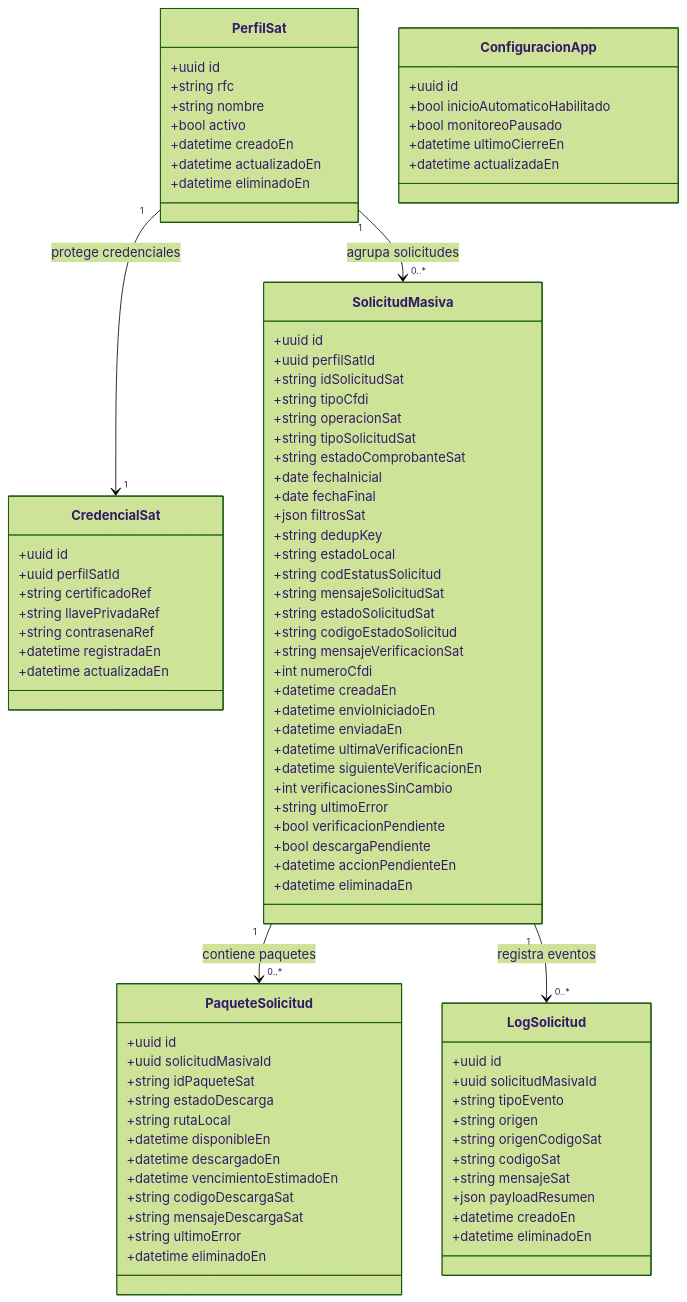
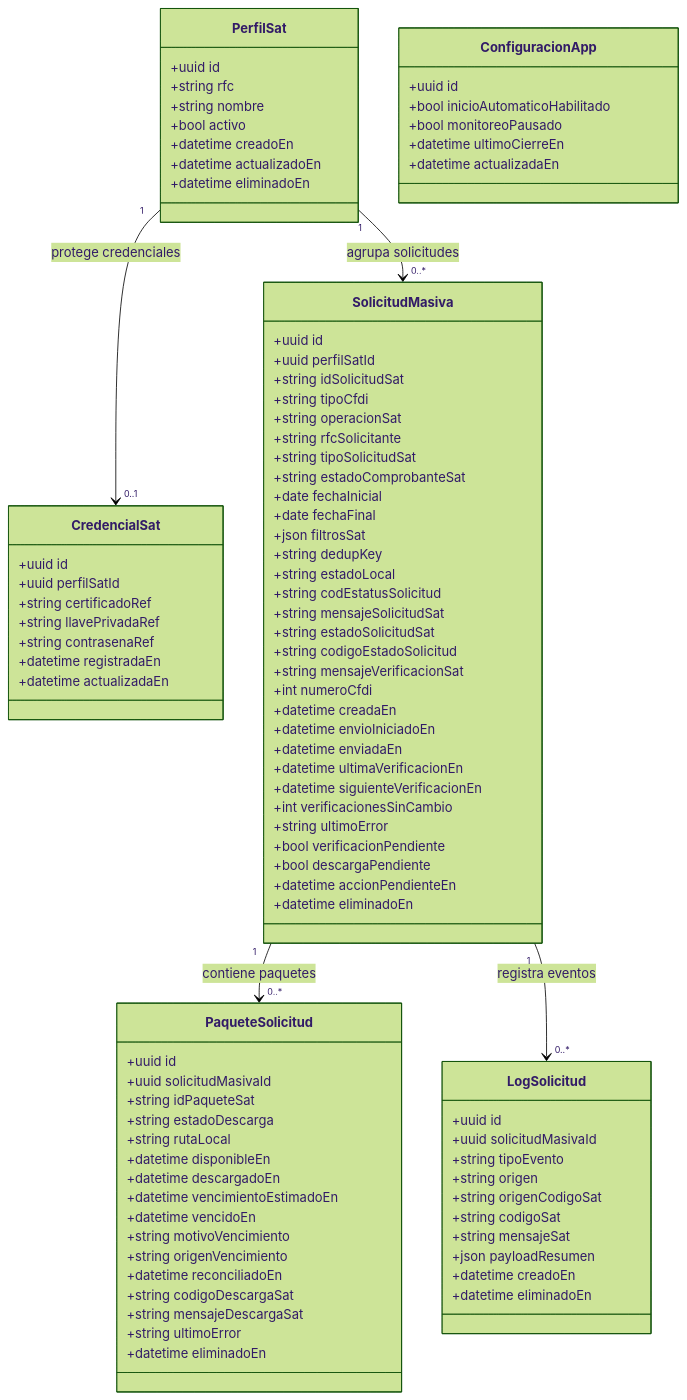
Before and after one commit to irritila/sat-cfdi-downloader: diagram 14 of 21 in docs/architecture.md, drawn with Mermaid (forest theme). The commit also changed other lines of this file and 6 other files, not shown here.

```diff
--- a/docs/architecture.md
+++ b/docs/architecture.md
@@ -991,6 +1006,7 @@
         +string idSolicitudSat
         +string tipoCfdi
         +string operacionSat
+        +string rfcSolicitante
         +string tipoSolicitudSat
         +string estadoComprobanteSat
         +date fechaInicial
@@ -1014,7 +1030,7 @@
         +bool verificacionPendiente
         +bool descargaPendiente
         +datetime accionPendienteEn
-        +datetime eliminadaEn
+        +datetime eliminadoEn
     }
 
     class PaqueteSolicitud {
@@ -1026,6 +1042,10 @@
         +datetime disponibleEn
         +datetime descargadoEn
         +datetime vencimientoEstimadoEn
+        +datetime vencidoEn
+        +string motivoVencimiento
+        +string origenVencimiento
+        +datetime reconciliadoEn
         +string codigoDescargaSat
         +string mensajeDescargaSat
         +string ultimoError
@@ -1053,7 +1073,7 @@
         +datetime actualizadaEn
     }
 
-    PerfilSat "1" --> "1" CredencialSat : protege credenciales
+    PerfilSat "1" --> "0..1" CredencialSat : protege credenciales
     PerfilSat "1" --> "0..*" SolicitudMasiva : agrupa solicitudes
     SolicitudMasiva "1" --> "0..*" PaqueteSolicitud : contiene paquetes
     SolicitudMasiva "1" --> "0..*" LogSolicitud : registra eventos
```
